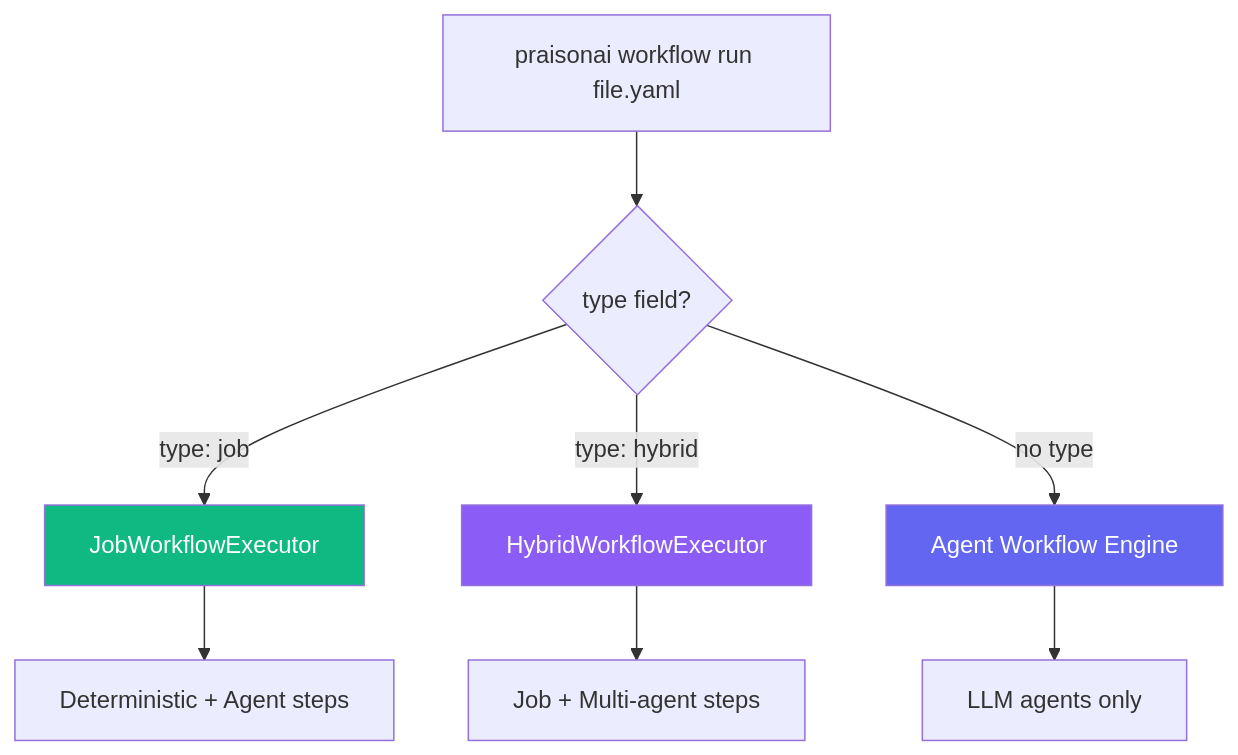
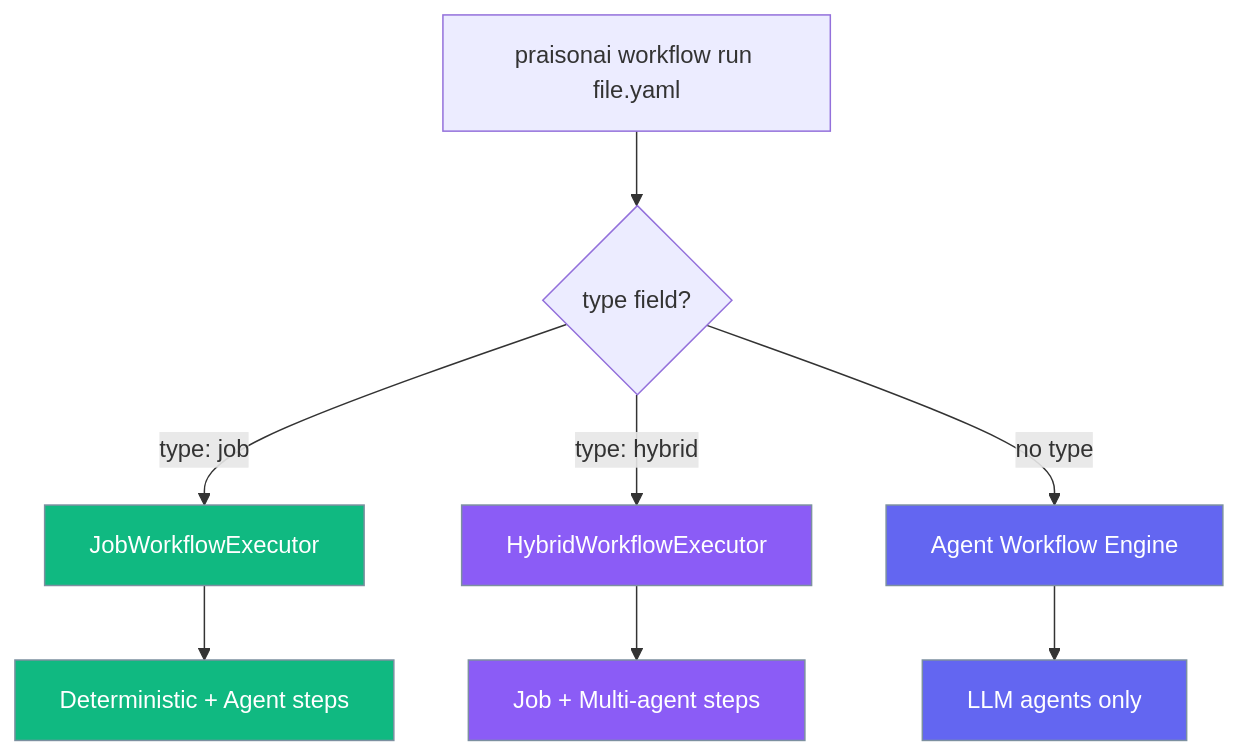
One commit to MervinPraison/PraisonAIDocs changed the second of 2 diagrams in docs/features/job-workflows.mdx. Above: the diagram before and after it, drawn with Mermaid. The commit also changed 1 other file, not shown here.

Commit message:
docs: fix Mermaid classDef and broken link in batch 17 pages
- job-workflows.mdx: replace inline style directives with classDef/class
  declarations to match AGENTS.md §9.4 standard color scheme pattern
- langchain.mdx: fix malformed YAML inline comment in agents.yaml example;
  fix relative href '../concepts/memory' → absolute '/docs/concepts/memory'

````diff
--- a/docs/features/job-workflows.mdx
+++ b/docs/features/job-workflows.mdx
@@ -92,14 +92,18 @@
 ```mermaid
 flowchart TD
     A["praisonai workflow run file.yaml"] --> B{"type field?"}
     B -->|"type: job"| C["JobWorkflowExecutor"]
     B -->|"type: hybrid"| H["HybridWorkflowExecutor"]
     B -->|"no type"| D["Agent Workflow Engine"]
     C --> E["Deterministic + Agent steps"]
     H --> F["Job + Multi-agent steps"]
     D --> G["LLM agents only"]
 
-    style C fill:#10B981,color:#fff
-    style H fill:#8B5CF6,color:#fff
-    style D fill:#6366F1,color:#fff
+    classDef job fill:#10B981,stroke:#7C90A0,color:#fff
+    classDef hybrid fill:#8B5CF6,stroke:#7C90A0,color:#fff
+    classDef agent fill:#6366F1,stroke:#7C90A0,color:#fff
+
+    class C,E job
+    class H,F hybrid
+    class D,G agent
 ```
````
